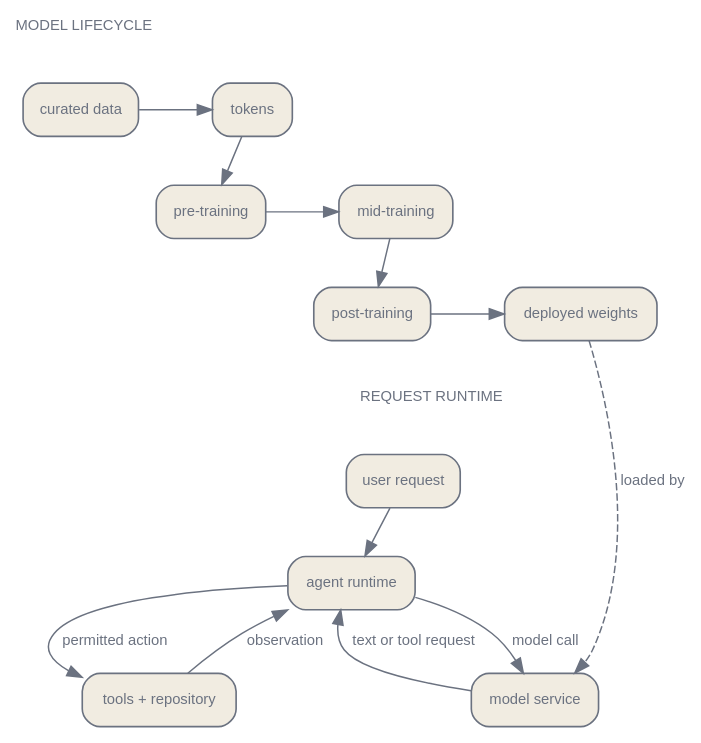
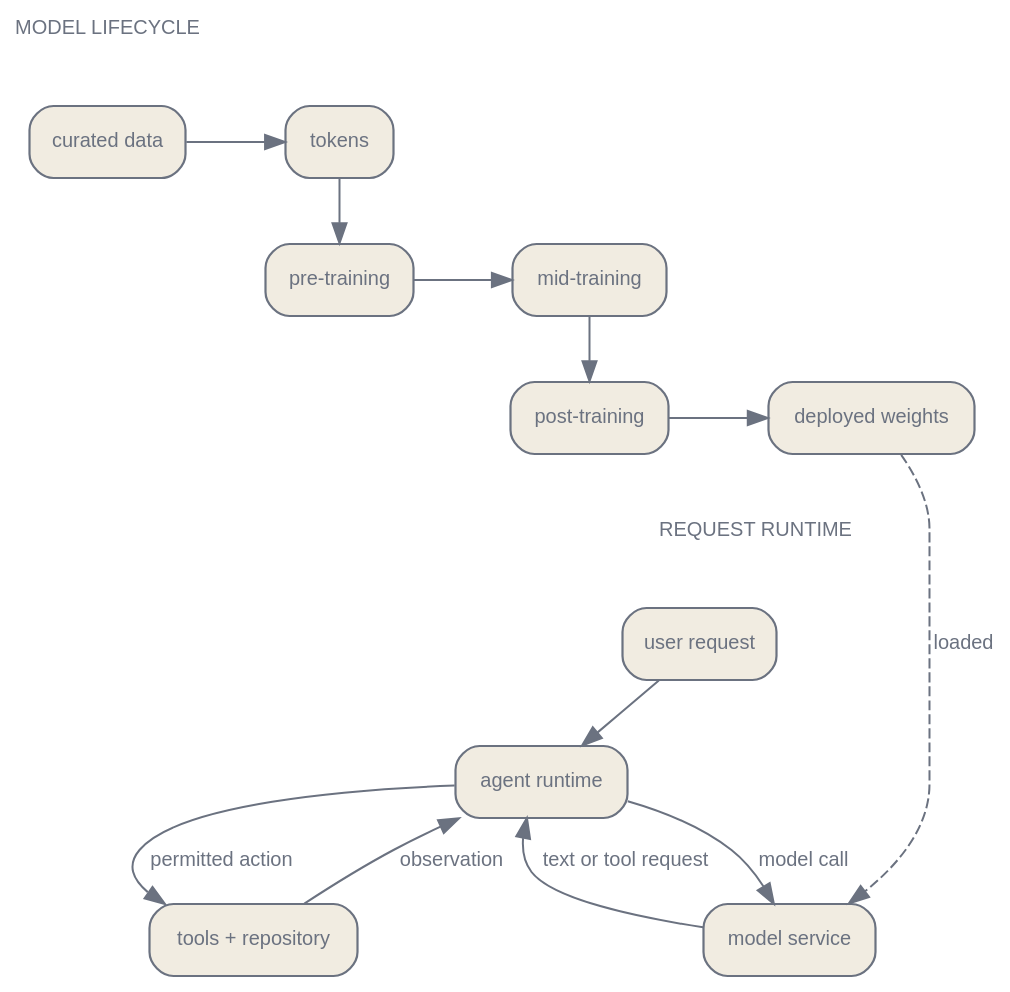
One commit to latere-ai/ai-as-an-infrastructure changed the first of 2 diagrams in en/orientation/01-whole-stack.qmd. Above: the diagram before and after it, drawn with Graphviz. The commit also changed 3 other files, not shown here.

Commit message:
orientation: pipeline diagram fits the phone column with a shorter weights edge label

````diff
--- a/en/orientation/01-whole-stack.qmd
+++ b/en/orientation/01-whole-stack.qmd
@@ -174,43 +174,41 @@
 ```{dot}
 //| label: fig-whole-stack-pipeline
 //| fig-cap: "Two connected paths. The model lifecycle produces deployed weights. At runtime, an agent sends requests to a model service and exchanges actions and observations with tools and the repository."
 digraph {
   bgcolor="transparent";
   rankdir=TB;
-  size="6,5";
-  ratio=compress;
   nodesep=0.35; ranksep=0.45;
   node [shape=box, style="rounded,filled", fontname="Helvetica", fontsize=10, color="#6b7280", fontcolor="#6b7280", fillcolor="#f1ece1", penwidth=1.1];
   edge [fontsize=10, fontname="Helvetica", color="#6b7280", fontcolor="#6b7280"];
   LIFE [shape=plain, style="", label="MODEL LIFECYCLE", fontsize=10];
   subgraph build {
     D [label="curated data"];
     T [label="tokens"];
     P [label="pre-training"];
     M [label="mid-training"];
     A [label="post-training"];
     W [label="deployed weights"];
     { rank=same; D; T; }
     { rank=same; P; M; }
     { rank=same; A; W; }
     D -> T -> P -> M -> A -> W;
   }
   RUN [shape=plain, style="", label="REQUEST RUNTIME", fontsize=10];
   subgraph run {
     U [label="user request"];
     G [label="agent runtime"];
     S [label="model service"];
     E [label="tools + repository"];
     { rank=same; S; E; }
     U -> G;
     G -> S [label="model call"];
     S -> G [label="text or tool request"];
     G -> E [label="permitted action"];
     E -> G [label="observation"];
   }
   LIFE -> D [style=invis];
   W -> RUN [style=invis];
   RUN -> U [style=invis];
-  W -> S [style=dashed, label="loaded by"];
+  W -> S [style=dashed, label="loaded"];
 }
 ```
````
